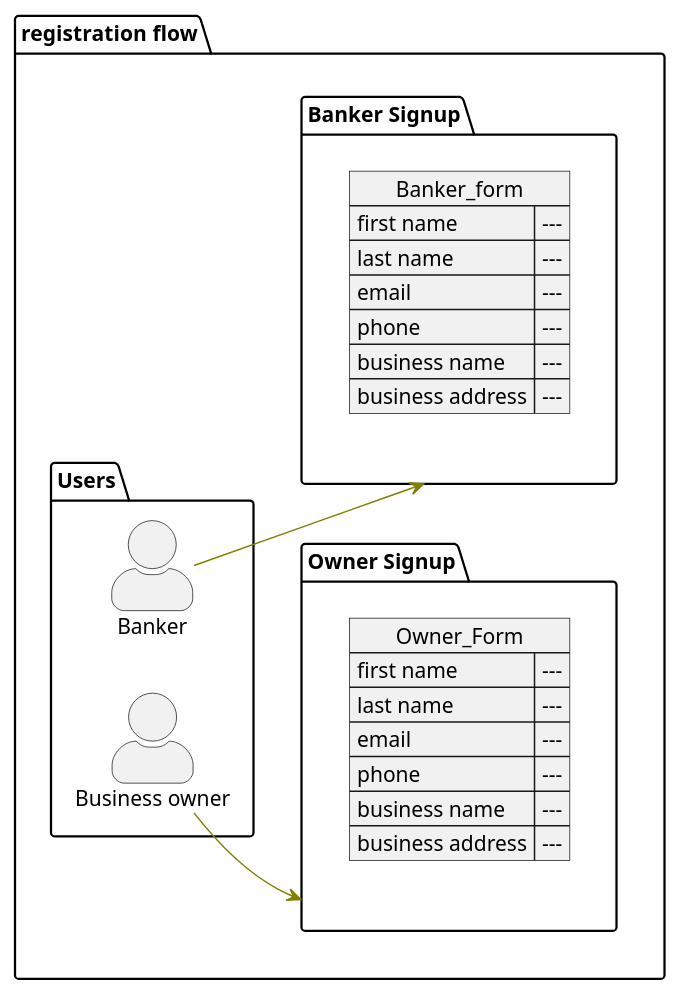
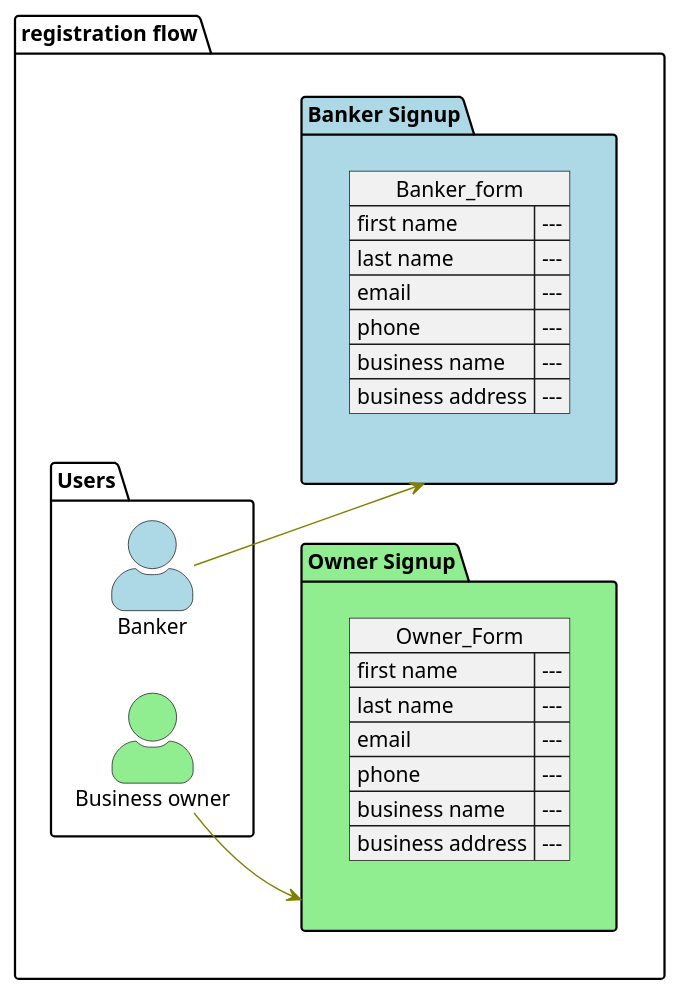
Before and after one commit to dinesh19aug/yeegoals: the diagram in flows/registration.puml, drawn with PlantUML. The commit also changed 1 other file, not shown here.

```diff
--- a/flows/registration.puml
+++ b/flows/registration.puml
@@ -1,46 +1,46 @@
 @startuml
 allowmixing
 skinparam usecase {
 BackgroundColor DarkSeaGreen
 BorderColor DarkSlateGray
 BackgroundColor<< Main >> YellowGreen
 BorderColor<< Main >> YellowGreen
 ArrowColor Olive
 ActorBorderColor black
 ActorFontName Courier
 ActorBackgroundColor<< Human >> Gold
 }
 
-package "registration flow"{
+package "registration flow" {
   skinparam actorStyle awesome
-  package Users{
-    actor :Business owner: as owner
-    actor :Banker: as banker
+  package Users {
+    actor :Business owner: as owner #LightGreen
+    actor :Banker: as banker #LightBlue
   }
 
-    package "Owner Signup" as ownersignup{
+    package "Owner Signup" as ownersignup #LightGreen{
         json Owner_Form {
             "first name": "---",
             "last name": "---",
             "email": "---",
             "phone": "---",
             "business name": "---",
             "business address": "---"
         }
     }
 
-    package "Banker Signup" as bankersignup{
+    package "Banker Signup" as bankersignup #LightBlue{
         json Banker_form{
             "first name": "---",
             "last name": "---",
             "email": "---",
             "phone": "---",
             "business name": "---",
             "business address": "---"
         }
     }
 }
 left to right direction
 owner -down-> ownersignup
 banker -down-> bankersignup
 @enduml
```
